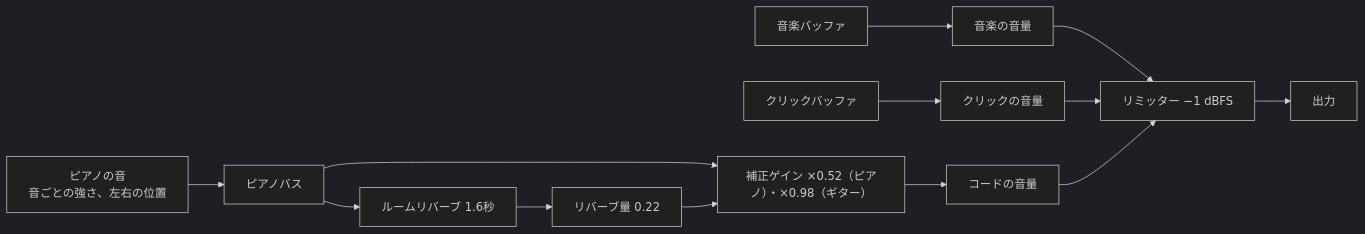
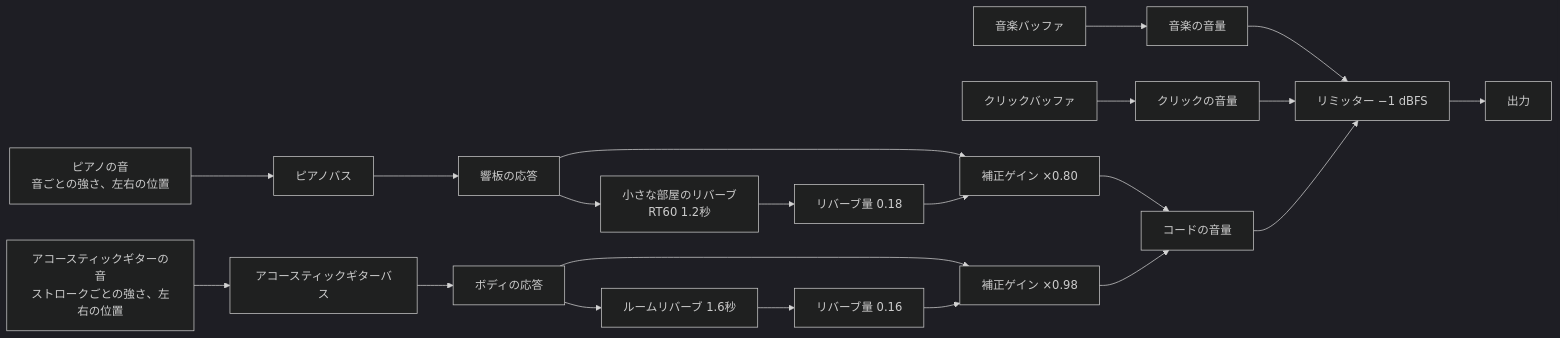
Before and after one commit to Velvitty/Chordity: the third of 3 diagrams in README.ja.md, drawn with Mermaid (dark theme). The commit also changed other lines of this file and 9 other files, not shown here.

````diff
--- a/README.ja.md
+++ b/README.ja.md
@@ -1367,13 +1419,17 @@
 ```mermaid
 flowchart LR
   M["音楽バッファ"] --> GM["音楽の音量"]
   C["クリックバッファ"] --> GC["クリックの音量"]
-  P["ピアノの音<br/>音ごとの強さ、左右の位置"] --> PB["ピアノバス"]
-  PB --> MK["補正ゲイン ×0.52（ピアノ）・×0.98（ギター）"]
-  PB --> RV["ルームリバーブ 1.6秒"] --> W["リバーブ量 0.22"] --> MK
-  MK --> GP["コードの音量"]
+  P["ピアノの音<br/>音ごとの強さ、左右の位置"] --> PB["ピアノバス"] --> SB["響板の応答"]
+  SB --> MP["補正ゲイン ×0.80"]
+  SB --> RP["小さな部屋のリバーブ<br/>RT60 1.2秒"] --> WP["リバーブ量 0.18"] --> MP
+  G["アコースティックギターの音<br/>ストロークごとの強さ、左右の位置"] --> GB["アコースティックギターバス"] --> BD["ボディの応答"]
+  BD --> MG["補正ゲイン ×0.98"]
+  BD --> RG["ルームリバーブ 1.6秒"] --> WG["リバーブ量 0.16"] --> MG
+  MP --> GP["コードの音量"]
+  MG --> GP
   GM --> L["リミッター −1 dBFS"]
   GC --> L
   GP --> L
   L --> O["出力"]
 ```
````
